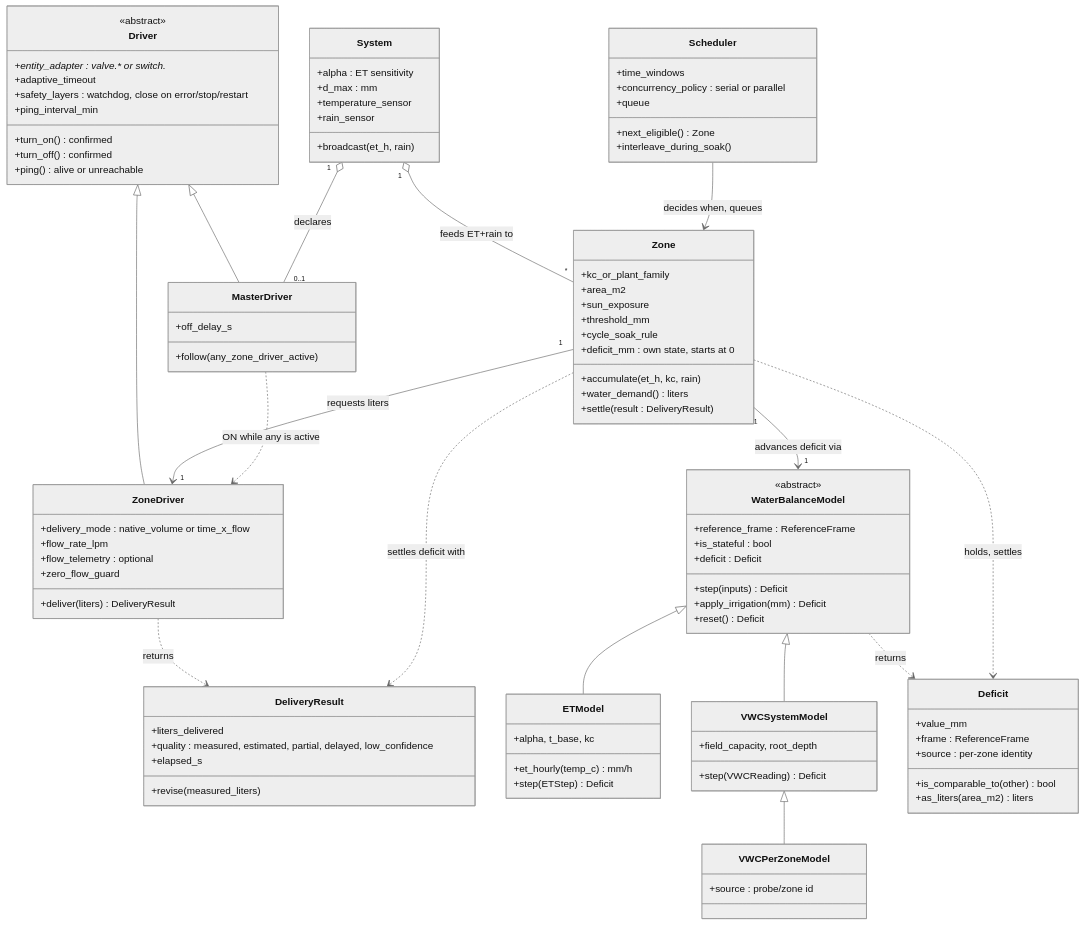
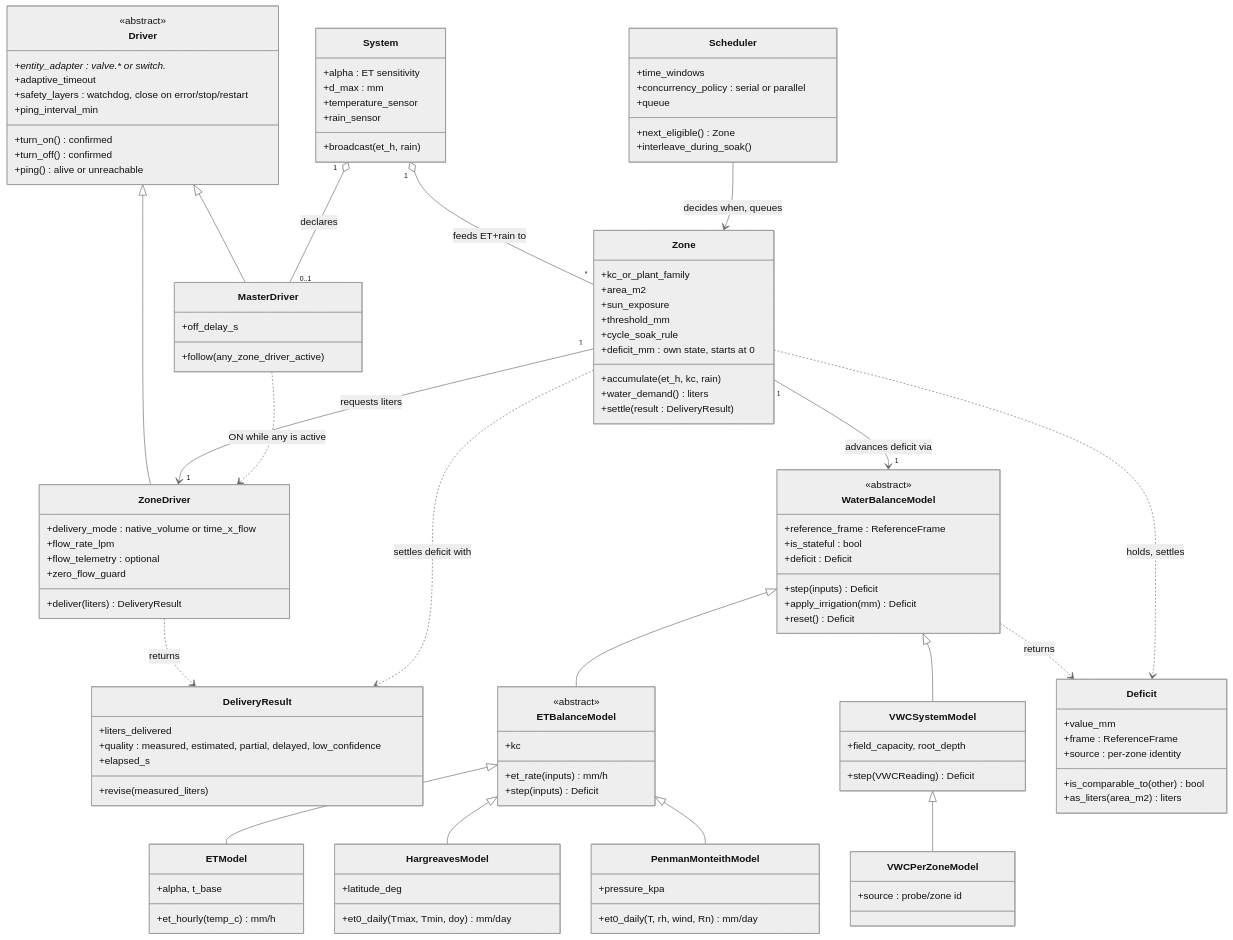
The diagram in docs/design_domain_object_model.md (MetheLittle/NeverDry), drawn with Mermaid (neutral theme) before and after one commit. The commit also changed other lines of this file and 2 other files, not shown here.

Commit message:
feat(water-balance): add Hargreaves and Penman-Monteith ET tiers
Refactor the ET frame into an abstract ETBalanceModel (shared forward-Euler
integration + Kc, pluggable et_rate) with three tiers by input cost:
ETModel (temperature-only), HargreavesModel (FAO-56 Hargreaves-Samani, radiation
computed from latitude+date, no extra sensor) and PenmanMonteithModel (FAO-56
Penman-Monteith). Same ET frame and Deficit output, so a setup picks the tier its
sensors support. Update the domain object model and reference docs accordingly.

Pure module, still inert (phase-2 wiring pending).

```diff
--- a/docs/design_domain_object_model.md
+++ b/docs/design_domain_object_model.md
@@ -158,10 +165,26 @@
         +reset() Deficit
     }
 
+    class ETBalanceModel {
+        <<abstract>>
+        +kc
+        +et_rate(inputs) mm/h
+        +step(inputs) Deficit
+    }
+
     class ETModel {
-        +alpha, t_base, kc
+        +alpha, t_base
         +et_hourly(temp_c) mm/h
-        +step(ETStep) Deficit
+    }
+
+    class HargreavesModel {
+        +latitude_deg
+        +et0_daily(Tmax, Tmin, doy) mm/day
+    }
+
+    class PenmanMonteithModel {
+        +pressure_kpa
+        +et0_daily(T, rh, wind, Rn) mm/day
     }
 
     class VWCSystemModel {
@@ -183,7 +206,10 @@
 
     Driver <|-- ZoneDriver
     Driver <|-- MasterDriver
-    WaterBalanceModel <|-- ETModel
+    WaterBalanceModel <|-- ETBalanceModel
+    ETBalanceModel <|-- ETModel
+    ETBalanceModel <|-- HargreavesModel
+    ETBalanceModel <|-- PenmanMonteithModel
     WaterBalanceModel <|-- VWCSystemModel
     VWCSystemModel <|-- VWCPerZoneModel
     System "1" o-- "*" Zone : feeds ET+rain to
```
